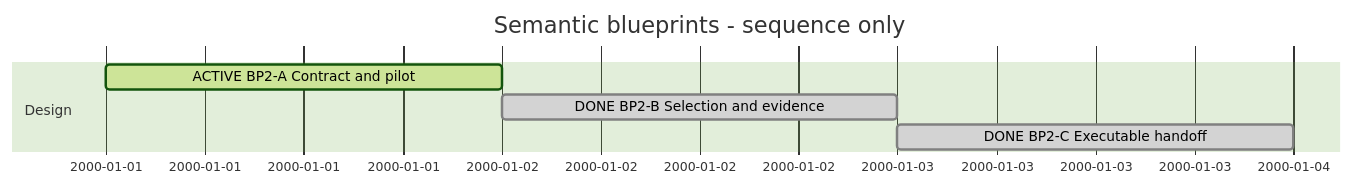
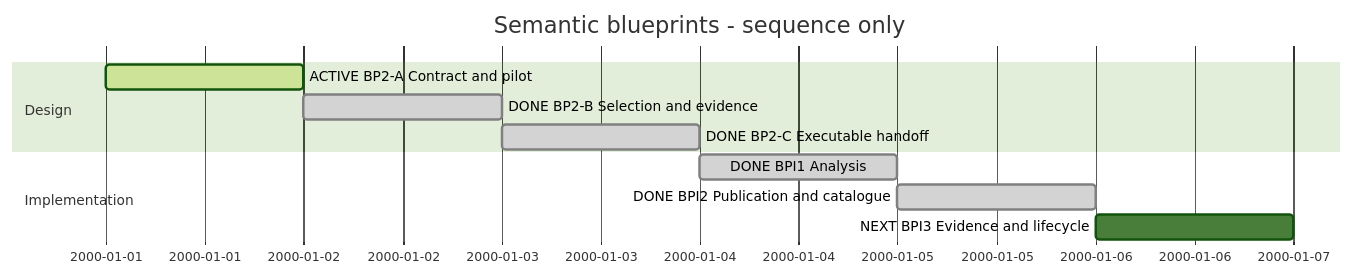
Before and after one commit to Hans-Einar/SDP: the diagram in SDP/Sessions/session-#0008--Semantic_blueprints.md, drawn with Mermaid (forest theme). The commit also changed other lines of this file and 27 other files, not shown here.

````diff
--- a/SDP/Sessions/session-#0008--Semantic_blueprints.md
+++ b/SDP/Sessions/session-#0008--Semantic_blueprints.md
@@ -7,9 +7,13 @@
 ```mermaid
 gantt
     title Semantic blueprints - sequence only
     dateFormat YYYY-MM-DD
     section Design
     ACTIVE BP2-A Contract and pilot :active,a,2000-01-01,1d
     DONE BP2-B Selection and evidence :done,b,after a,1d
     DONE BP2-C Executable handoff :done,c,after b,1d
+    section Implementation
+    DONE BPI1 Analysis :done,d,after c,1d
+    DONE BPI2 Publication and catalogue :done,e,after d,1d
+    NEXT BPI3 Evidence and lifecycle :f,after e,1d
 ```
````
